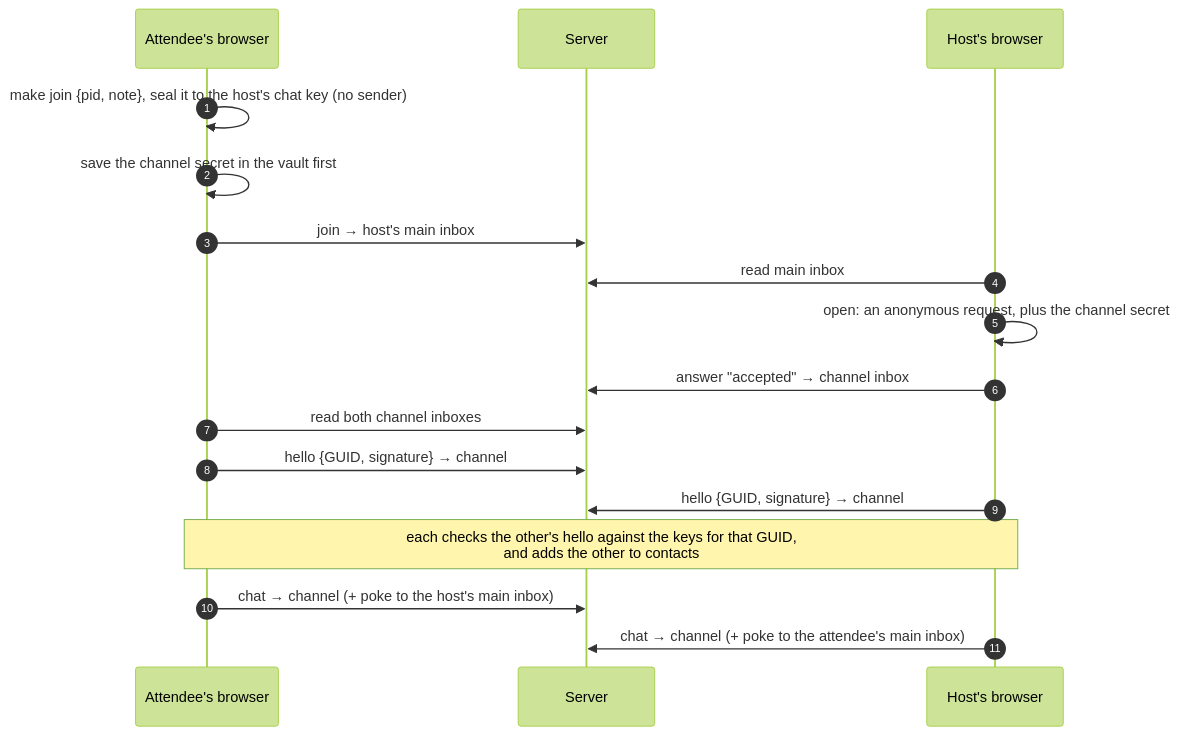
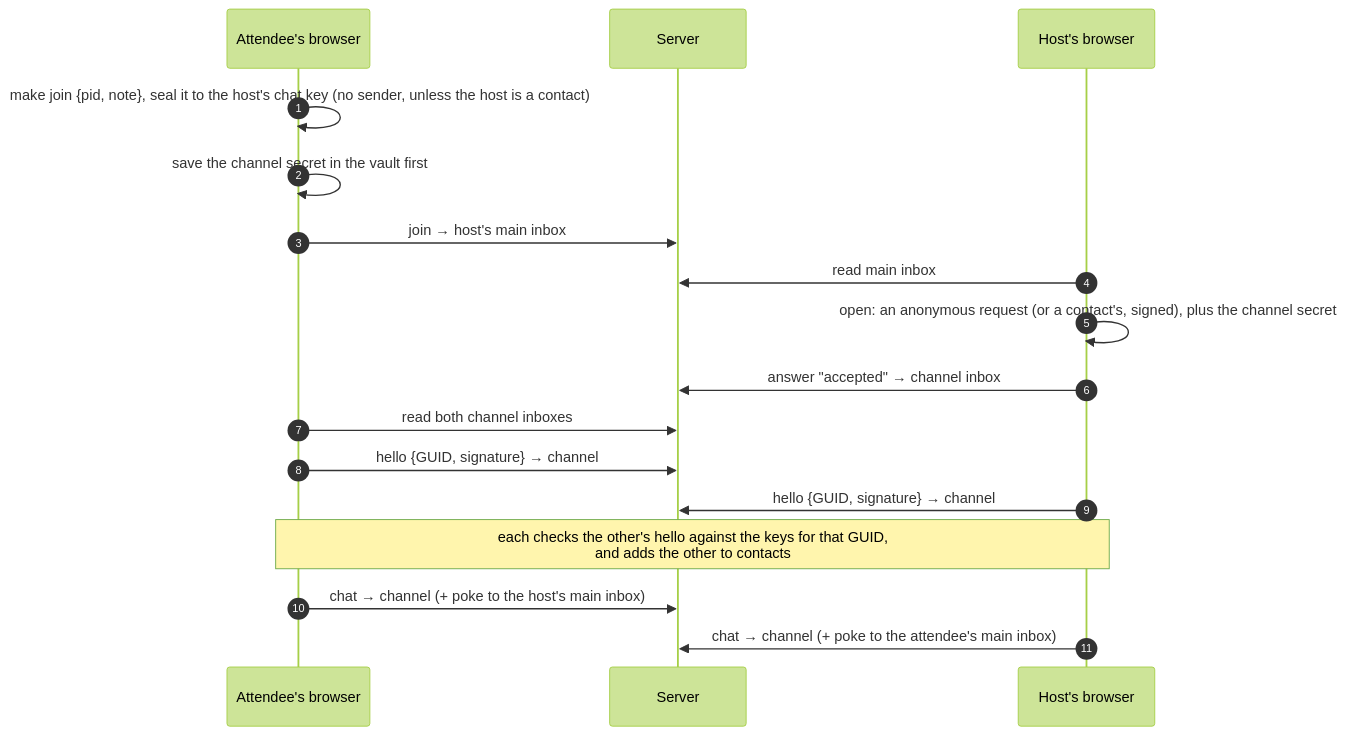
The seventh of 8 diagrams in docs/encryption.md (6j0-org/bored), drawn with Mermaid (forest theme) before and after one commit. The commit also changed other lines of this file and 15 other files, not shown here.

````diff
--- a/docs/encryption.md
+++ b/docs/encryption.md
@@ -260,19 +262,19 @@
 ```mermaid
 sequenceDiagram
   autonumber
   participant A as Attendee's browser
   participant S as Server
   participant H as Host's browser
-  A->>A: make join {pid, note}, seal it to the host's chat key (no sender)
+  A->>A: make join {pid, note}, seal it to the host's chat key (no sender, unless the host is a contact)
   A->>A: save the channel secret in the vault first
   A->>S: join → host's main inbox
   H->>S: read main inbox
-  H->>H: open: an anonymous request, plus the channel secret
+  H->>H: open: an anonymous request (or a contact's, signed), plus the channel secret
   H->>S: answer "accepted" → channel inbox
   A->>S: read both channel inboxes
   A->>S: hello {GUID, signature} → channel
   H->>S: hello {GUID, signature} → channel
   Note over A,H: each checks the other's hello against the keys for that GUID,<br/>and adds the other to contacts
   A->>S: chat → channel (+ poke to the host's main inbox)
   H->>S: chat → channel (+ poke to the attendee's main inbox)
 ```
````
